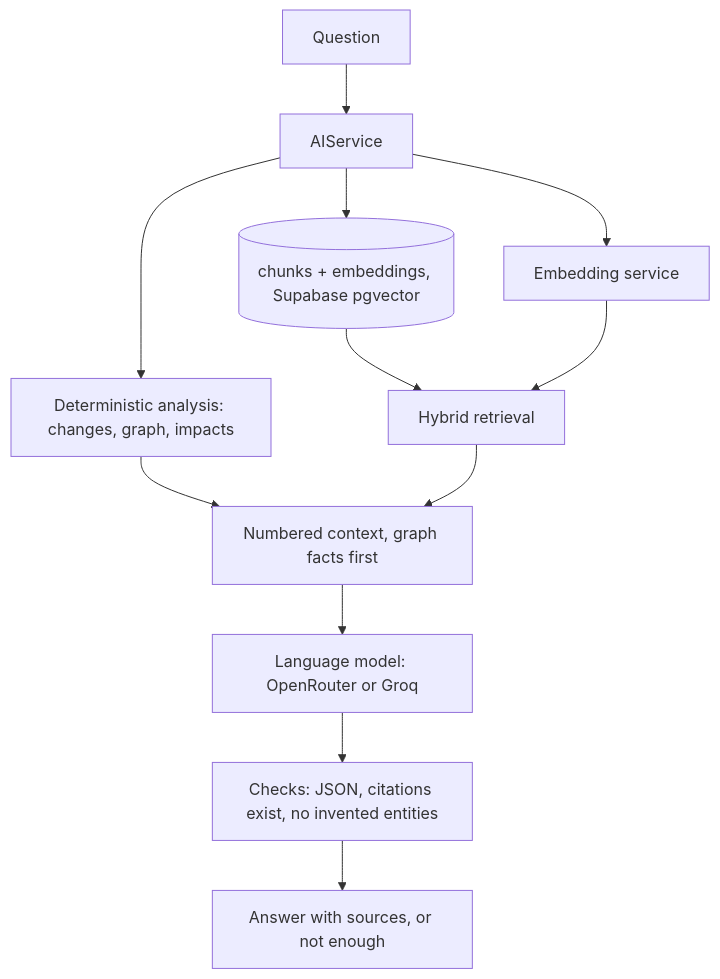
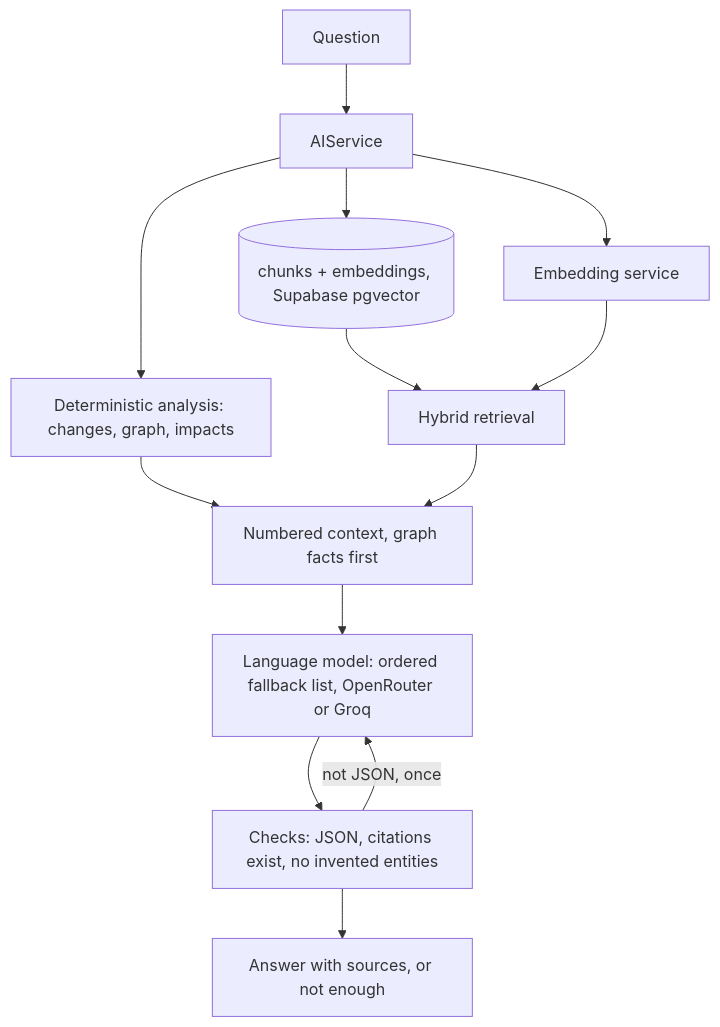
Before and after one commit to Rajvardhansingh1/SpecTrace: the ninth of 9 diagrams in DOCS/Design_graph.md, drawn with Mermaid. The commit also changed other lines of this file and 4 other files, not shown here.

````diff
--- a/DOCS/Design_graph.md
+++ b/DOCS/Design_graph.md
@@ -154,14 +154,15 @@
 ```mermaid
 flowchart TB
     Q[Question] --> S[AIService]
     S --> AN[Deterministic analysis: changes, graph, impacts]
     S --> CH[(chunks + embeddings, Supabase pgvector)]
     S --> EM[Embedding service]
     CH --> RT[Hybrid retrieval]
     EM --> RT
     AN --> CX[Numbered context, graph facts first]
     RT --> CX
-    CX --> LM[Language model: OpenRouter or Groq]
+    CX --> LM[Language model: ordered fallback list, OpenRouter or Groq]
     LM --> CK[Checks: JSON, citations exist, no invented entities]
+    CK -->|not JSON, once| LM
     CK --> OUT[Answer with sources, or not enough]
 ```
````
